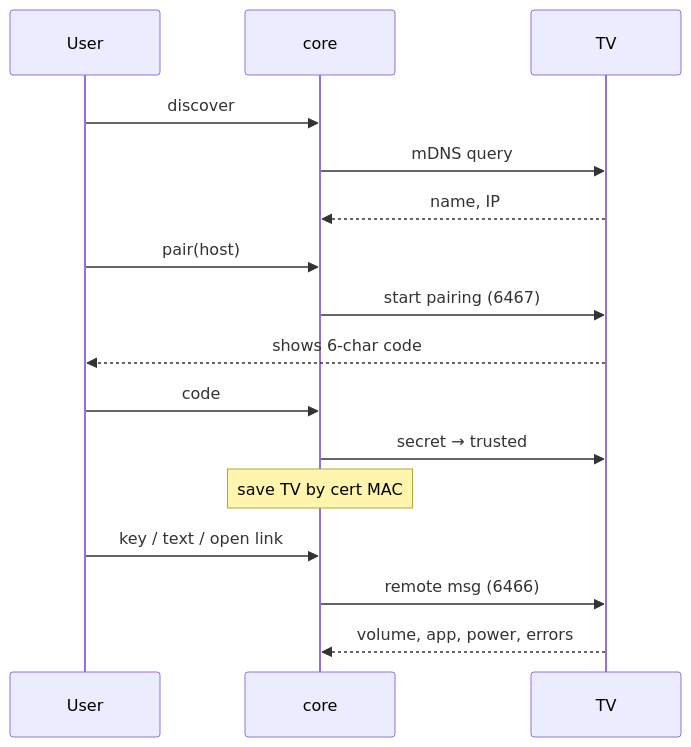
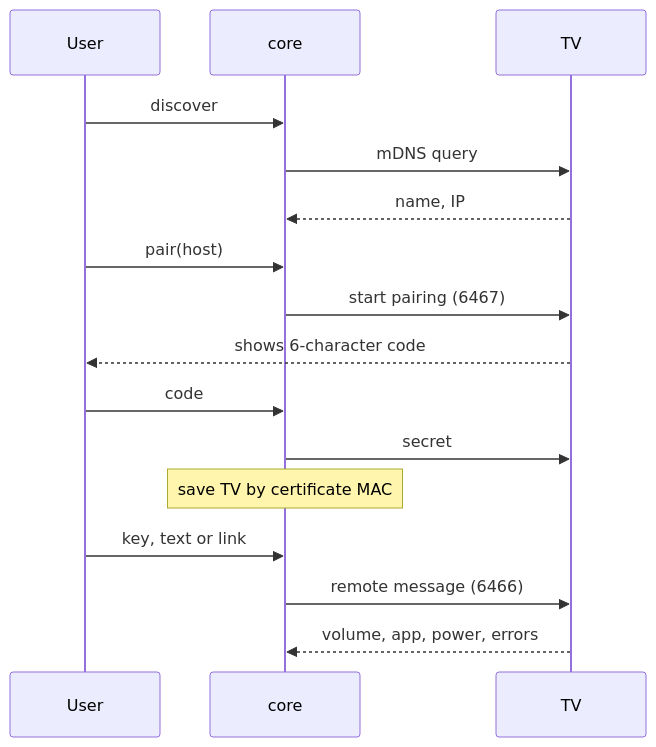
Before and after one commit to prakharg05/tv-remote: the second of 2 diagrams in docs/ARCHITECTURE.md, drawn with Mermaid. The commit also changed other lines of this file and 3 other files, not shown here.

````diff
--- a/docs/ARCHITECTURE.md
+++ b/docs/ARCHITECTURE.md
@@ -21,18 +22,18 @@
 ```mermaid
 sequenceDiagram
   participant U as User
   participant C as core
   participant T as TV
   U->>C: discover
   C->>T: mDNS query
   T-->>C: name, IP
   U->>C: pair(host)
   C->>T: start pairing (6467)
-  T-->>U: shows 6-char code
+  T-->>U: shows 6-character code
   U->>C: code
-  C->>T: secret → trusted
-  Note over C: save TV by cert MAC
-  U->>C: key / text / open link
-  C->>T: remote msg (6466)
+  C->>T: secret
+  Note over C: save TV by certificate MAC
+  U->>C: key, text or link
+  C->>T: remote message (6466)
   T-->>C: volume, app, power, errors
 ```
````
